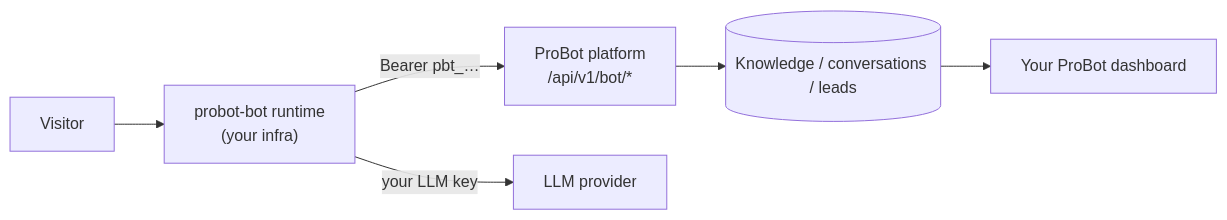
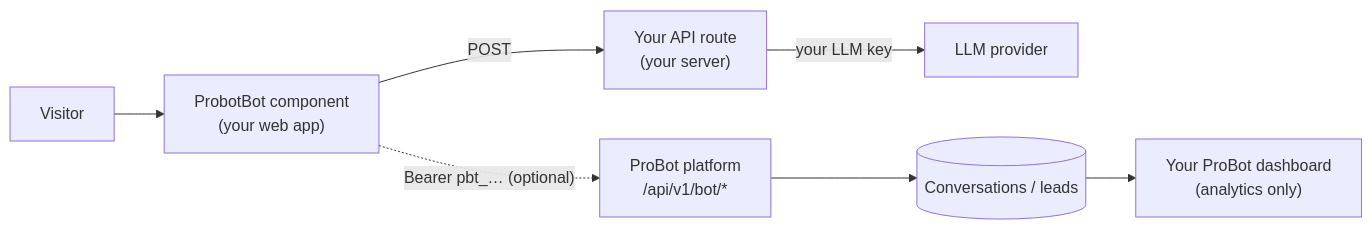
The diagram in docs/self-hosted-bot/index.mdx (VishalPatil18/probot), drawn with Mermaid before and after one commit. The commit also changed other lines of this file and 77 other files, not shown here.

````diff
--- a/docs/self-hosted-bot/index.mdx
+++ b/docs/self-hosted-bot/index.mdx
@@ -18,8 +25,9 @@
 ```mermaid
 flowchart LR
-    Visitor["Visitor"] --> Runtime["probot-bot runtime<br/>(your infra)"]
-    Runtime -->|"Bearer pbt_…"| Platform["ProBot platform<br/>/api/v1/bot/*"]
-    Runtime -->|"your LLM key"| LLM["LLM provider"]
-    Platform --> DB[("Knowledge / conversations / leads")]
-    DB --> Dashboard["Your ProBot dashboard"]
+    Visitor["Visitor"] --> Widget["ProbotBot component<br/>(your web app)"]
+    Widget -->|"POST"| YourApi["Your API route<br/>(your server)"]
+    YourApi -->|"your LLM key"| LLM["LLM provider"]
+    Widget -.->|"Bearer pbt_… (optional)"| Platform["ProBot platform<br/>/api/v1/bot/*"]
+    Platform --> DB[("Conversations / leads")]
+    DB --> Dashboard["Your ProBot dashboard<br/>(analytics only)"]
 ```
````
